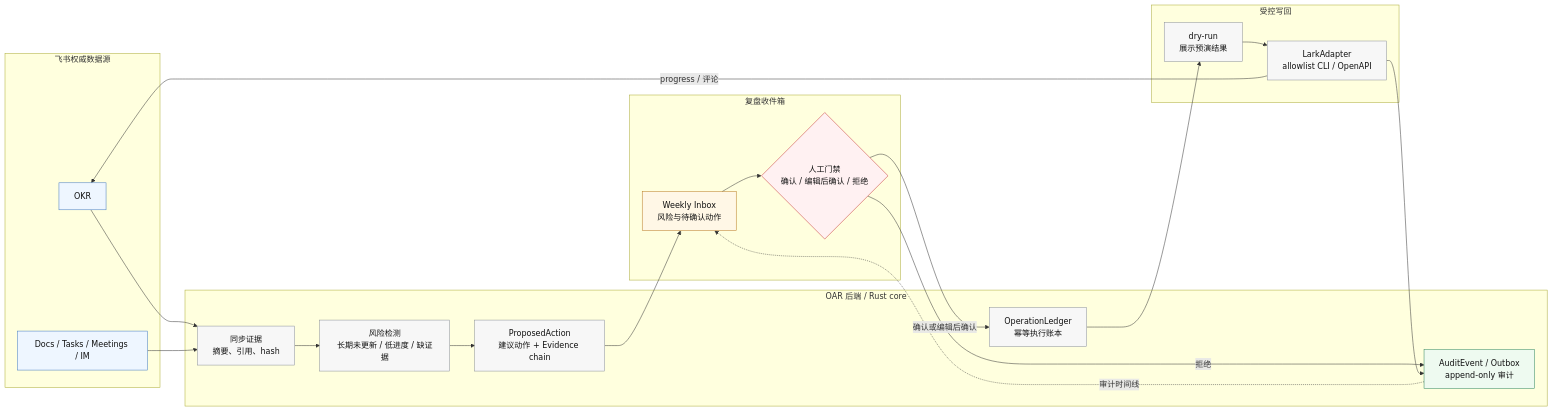
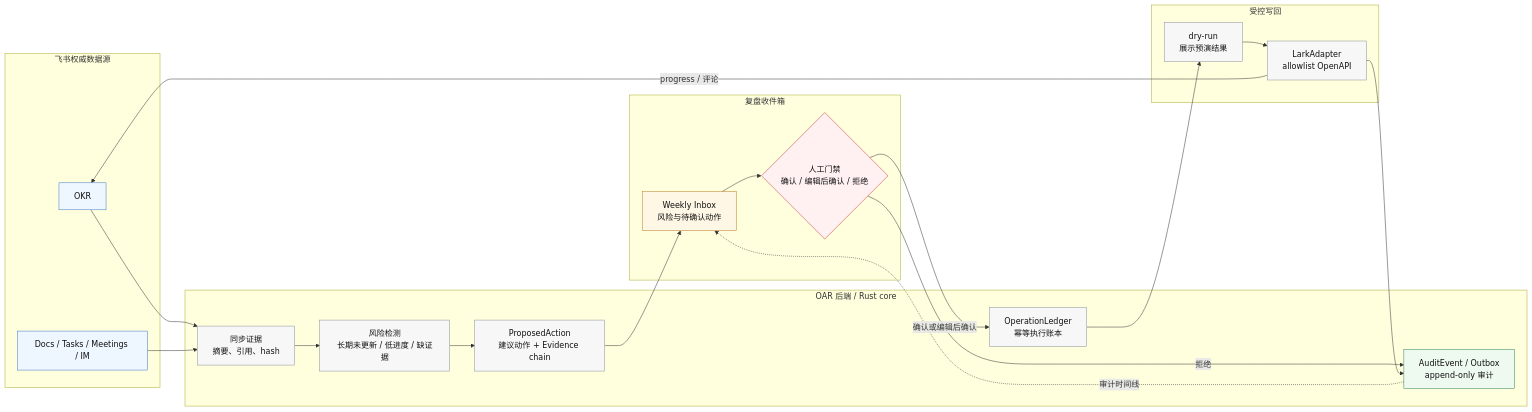
The diagram in README.md (Ericsunsk/OAR), drawn with Mermaid before and after one commit. The commit also changed other lines of this file and 11 other files, not shown here.

````diff
--- a/README.md
+++ b/README.md
@@ -39,45 +39,45 @@
 ```mermaid
 flowchart LR
     subgraph Lark["飞书权威数据源"]
         OKR["OKR"]
         EvidenceSource["Docs / Tasks / Meetings / IM"]
     end
 
     subgraph Core["OAR 后端 / Rust core"]
         Sync["同步证据<br/>摘要、引用、hash"]
         Risk["风险检测<br/>长期未更新 / 低进度 / 缺证据"]
         Proposed["ProposedAction<br/>建议动作 + Evidence chain"]
         Ledger["OperationLedger<br/>幂等执行账本"]
         Audit["AuditEvent / Outbox<br/>append-only 审计"]
     end
 
     subgraph Inbox["复盘收件箱"]
         Queue["Weekly Inbox<br/>风险与待确认动作"]
         Gate{"人工门禁<br/>确认 / 编辑后确认 / 拒绝"}
     end
 
     subgraph Writeback["受控写回"]
         DryRun["dry-run<br/>展示预演结果"]
-        Adapter["LarkAdapter<br/>allowlist CLI / OpenAPI"]
+        Adapter["LarkAdapter<br/>allowlist OpenAPI"]
     end
 
     OKR --> Sync
     EvidenceSource --> Sync
     Sync --> Risk --> Proposed --> Queue --> Gate
     Gate -->|拒绝| Audit
     Gate -->|确认或编辑后确认| Ledger --> DryRun --> Adapter
     Adapter -->|progress / 评论| OKR
     Adapter --> Audit
     Audit -.审计时间线.-> Queue
 
     classDef source fill:#eef6ff,stroke:#4078c0,color:#111;
     classDef core fill:#f7f7f7,stroke:#8a8f98,color:#111;
     classDef inbox fill:#fff7e6,stroke:#b7791f,color:#111;
     classDef guard fill:#fff1f2,stroke:#c53030,color:#111;
     classDef audit fill:#eefaf0,stroke:#2f855a,color:#111;
     class OKR,EvidenceSource source;
     class Sync,Risk,Proposed,Ledger,DryRun,Adapter core;
     class Queue inbox;
     class Gate guard;
     class Audit audit;
 ```
````
